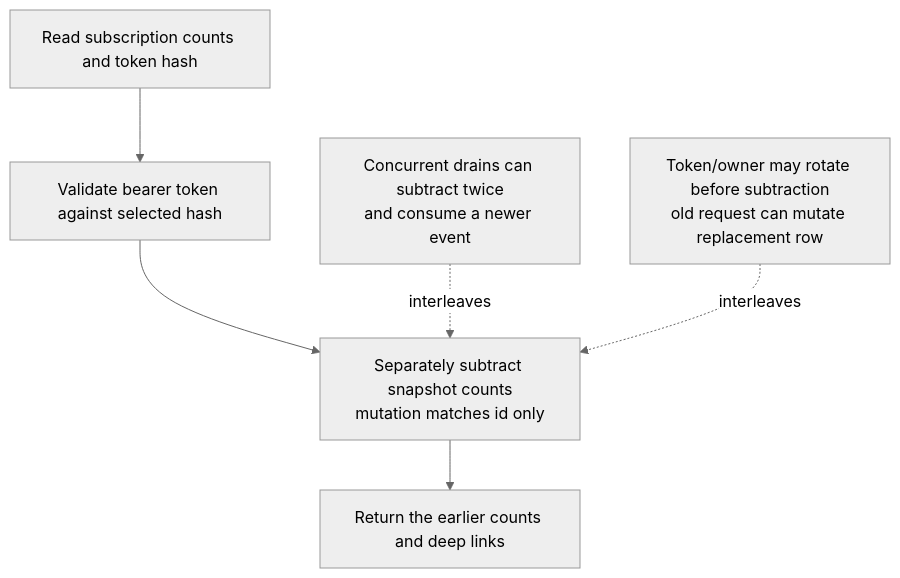
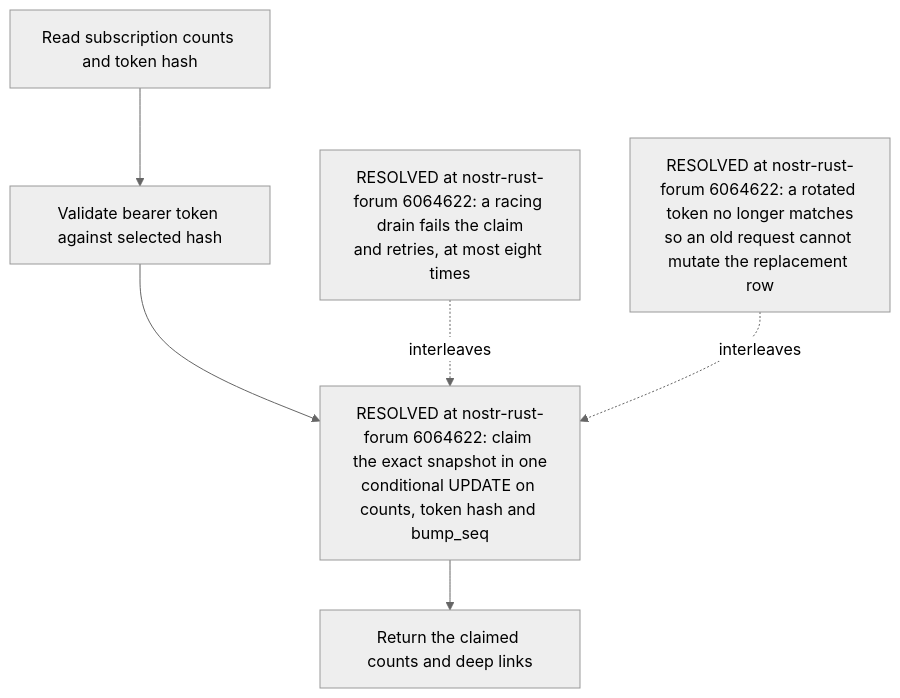
The fourth of 6 diagrams in docs/diagrams/nostr-rust-forum/18-web-push-delivery-and-account-boundaries.md (DreamLab-AI/VisionFlow), drawn with Mermaid (neutral theme) before and after one commit. The commit also changed other lines of this file and 59 other files, not shown here.

First line of the commit message:
docs(diagrams): re-derive and re-stamp forum, website, pod, ontomark and sealmap topics

````diff
--- a/docs/diagrams/nostr-rust-forum/18-web-push-delivery-and-account-boundaries.md
+++ b/docs/diagrams/nostr-rust-forum/18-web-push-delivery-and-account-boundaries.md
@@ -97,18 +97,18 @@
 ```mermaid
 flowchart TB
-    %% Source: ../nostr-rust-forum/crates/nostr-bbs-relay-worker/src/push.rs:1300
+    %% Source: ../nostr-rust-forum/crates/nostr-bbs-relay-worker/src/push.rs:1328
     A["Read subscription counts and token hash"]
-    %% Source: ../nostr-rust-forum/crates/nostr-bbs-relay-worker/src/push.rs:1307
+    %% Source: ../nostr-rust-forum/crates/nostr-bbs-relay-worker/src/push.rs:1335
     B["Validate bearer token against selected hash"]
-    %% Source: ../nostr-rust-forum/crates/nostr-bbs-relay-worker/src/push.rs:161
-    C["Separately subtract snapshot counts<br/>mutation matches id only"]
-    %% Source: ../nostr-rust-forum/crates/nostr-bbs-relay-worker/src/push.rs:1325
-    D["Return the earlier counts and deep links"]
-    %% Source: ../nostr-rust-forum/crates/nostr-bbs-relay-worker/src/push.rs:158
-    E["Concurrent drains can subtract twice<br/>and consume a newer event"]
-    %% Source: ../nostr-rust-forum/crates/nostr-bbs-relay-worker/src/push.rs:138
-    F["Token/owner may rotate before subtraction<br/>old request can mutate replacement row"]
+    %% Source: ../nostr-rust-forum/crates/nostr-bbs-relay-worker/src/push.rs:1340
+    C["RESOLVED at nostr-rust-forum 6064622: claim the exact snapshot in one<br/>conditional UPDATE on counts, token hash and bump_seq"]
+    %% Source: ../nostr-rust-forum/crates/nostr-bbs-relay-worker/src/push.rs:1361
+    D["Return the claimed counts and deep links"]
+    %% Source: ../nostr-rust-forum/crates/nostr-bbs-relay-worker/src/push.rs:1326
+    E["RESOLVED at nostr-rust-forum 6064622: a racing drain fails the claim<br/>and retries, at most eight times"]
+    %% Source: ../nostr-rust-forum/crates/nostr-bbs-relay-worker/src/push.rs:200
+    F["RESOLVED at nostr-rust-forum 6064622: a rotated token no longer matches<br/>so an old request cannot mutate the replacement row"]
     A --> B --> C --> D
     E -. interleaves .-> C
     F -. interleaves .-> C
 ```
````
